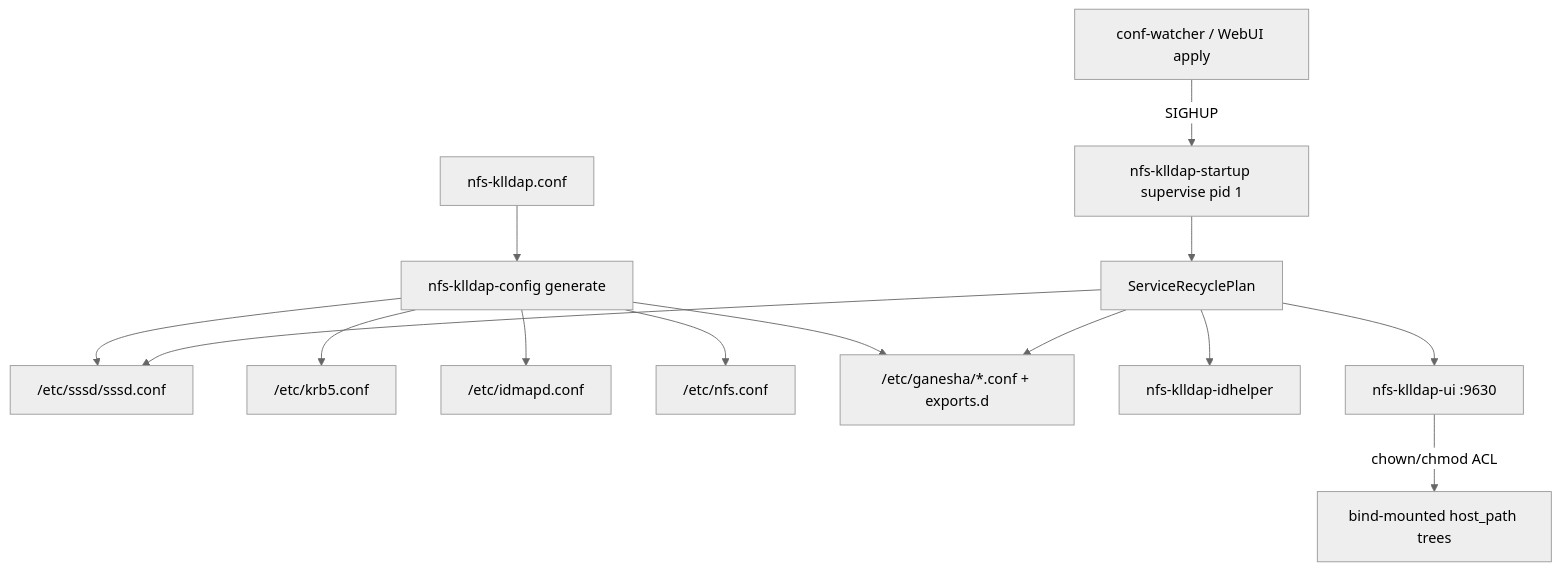
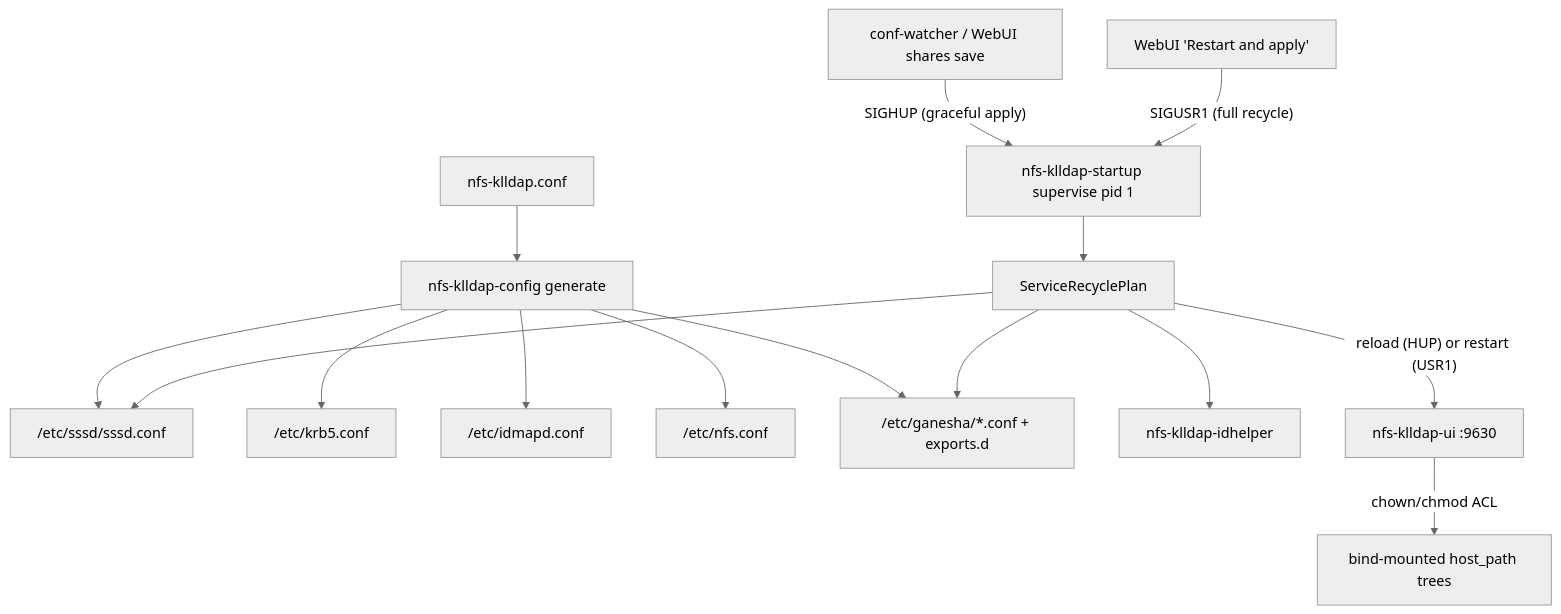
Before and after one commit to Aelieth/nfs-klldap-host: the first of 2 diagrams in README.md, drawn with Mermaid (neutral theme). The commit also changed other lines of this file and 40 other files, not shown here.

Commit message:
feature, settings - apply pane removed, admin pane added to settings section with extended options for password, timeout, and full apply and restart

````diff
--- a/README.md
+++ b/README.md
@@ -35,16 +35,17 @@
 ```mermaid
 flowchart TD
   conf["nfs-klldap.conf"] --> gen["nfs-klldap-config generate"]
   gen --> sssd["/etc/sssd/sssd.conf"]
   gen --> krb5["/etc/krb5.conf"]
   gen --> idmap["/etc/idmapd.conf"]
   gen --> nfsconf["/etc/nfs.conf"]
   gen --> ganesha["/etc/ganesha/*.conf + exports.d"]
-  watcher["conf-watcher / WebUI apply"] -->|SIGHUP| pid1["nfs-klldap-startup supervise pid 1"]
+  watcher["conf-watcher / WebUI shares save"] -->|"SIGHUP (graceful apply)"| pid1["nfs-klldap-startup supervise pid 1"]
+  button["WebUI 'Restart and apply'"] -->|"SIGUSR1 (full recycle)"| pid1
   pid1 --> recycle["ServiceRecyclePlan"]
   recycle --> sssd
   recycle --> idhelper["nfs-klldap-idhelper"]
   recycle --> ganesha
-  recycle --> ui["nfs-klldap-ui :9630"]
+  recycle -->|"reload (HUP) or restart (USR1)"| ui["nfs-klldap-ui :9630"]
   ui -->|chown/chmod ACL| trees["bind-mounted host_path trees"]
 ```
````
